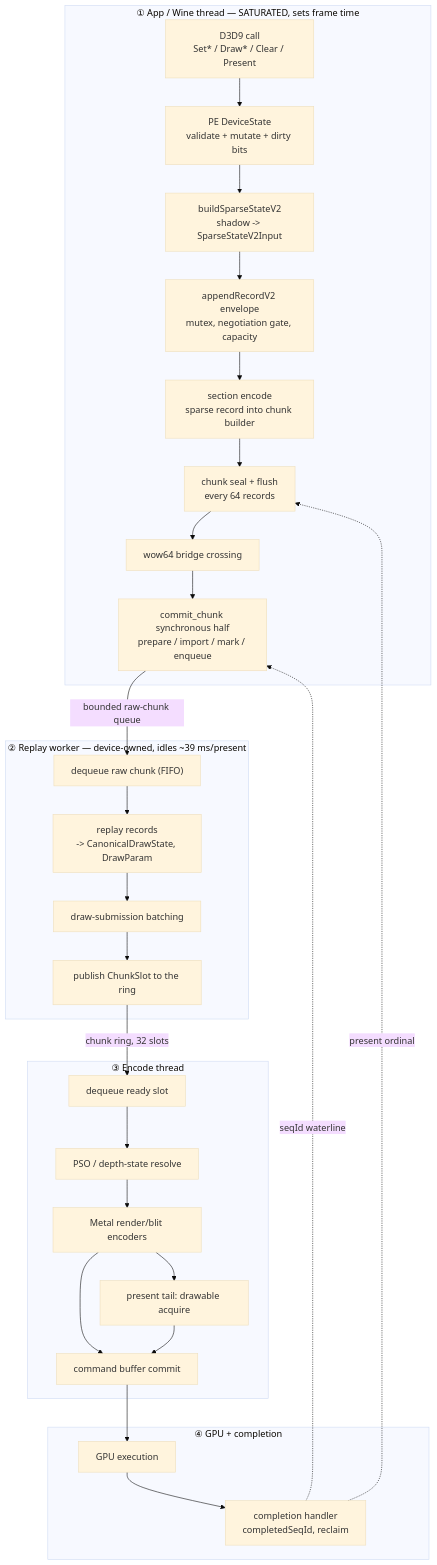
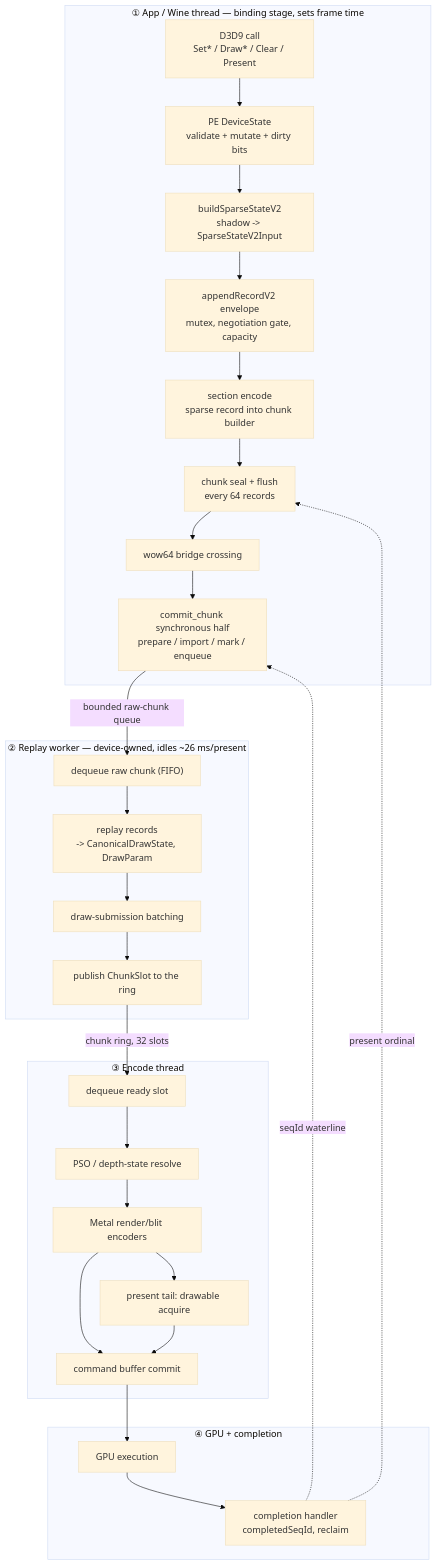
One commit to dfdgsdfg/dxmt9 changed the diagram in docs/perfomance/frame-lifecycle.md. Above: the diagram before and after it, drawn with Mermaid (base theme). The commit also changed 6 other files, not shown here.

````diff
--- a/docs/perfomance/frame-lifecycle.md
+++ b/docs/perfomance/frame-lifecycle.md
@@ -81,43 +81,43 @@
 ```mermaid
 flowchart TD
-  subgraph T1["① App / Wine thread — SATURATED, sets frame time"]
+  subgraph T1["① App / Wine thread — binding stage, sets frame time"]
     A1["D3D9 call<br/>Set* / Draw* / Clear / Present"]
     A2["PE DeviceState<br/>validate + mutate + dirty bits"]
     A3["buildSparseStateV2<br/>shadow -> SparseStateV2Input"]
     A4["appendRecordV2 envelope<br/>mutex, negotiation gate, capacity"]
     A5["section encode<br/>sparse record into chunk builder"]
     A6["chunk seal + flush<br/>every 64 records"]
     A7["wow64 bridge crossing"]
     A8["commit_chunk synchronous half<br/>prepare / import / mark / enqueue"]
   end
 
-  subgraph T2["② Replay worker — device-owned, idles ~39 ms/present"]
+  subgraph T2["② Replay worker — device-owned, idles ~26 ms/present"]
     B1["dequeue raw chunk (FIFO)"]
     B2["replay records<br/>-> CanonicalDrawState, DrawParam"]
     B3["draw-submission batching"]
     B4["publish ChunkSlot to the ring"]
   end
 
   subgraph T3["③ Encode thread"]
     C1["dequeue ready slot"]
     C2["PSO / depth-state resolve"]
     C3["Metal render/blit encoders"]
     C4["present tail: drawable acquire"]
     C5["command buffer commit"]
   end
 
   subgraph T4["④ GPU + completion"]
     D1["GPU execution"]
     D2["completion handler<br/>completedSeqId, reclaim"]
   end
 
   A1-->A2-->A3-->A4-->A5-->A6-->A7-->A8
   A8-->|"bounded raw-chunk queue"|B1
   B1-->B2-->B3-->B4
   B4-->|"chunk ring, 32 slots"|C1
   C1-->C2-->C3-->C5
   C3-->C4-->C5
   C5-->D1-->D2
   D2-.->|"seqId waterline"|A8
   D2-.->|"present ordinal"|A6
 ```
````
